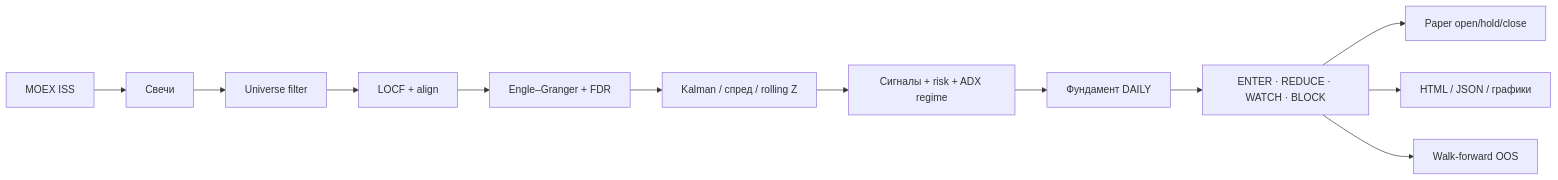
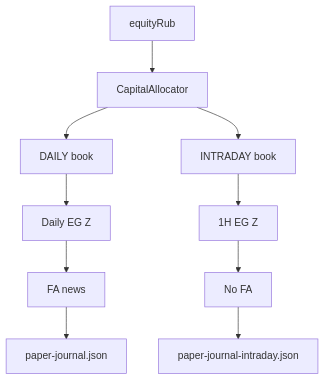
Before and after one commit to ITmeansIvanTyulkin/IMOEX: the diagram in README.md, drawn with Mermaid. The commit also changed other lines of this file and 2 other files, not shown here.

First line of the commit message:
Document dual-book DAILY+INTRADAY pairs flow in README, UI, and roadmap.

````diff
--- a/README.md
+++ b/README.md
@@ -36,14 +36,12 @@
 ```mermaid
-flowchart LR
-  A[MOEX ISS] --> B[Свечи]
-  B --> U[Universe filter]
-  U --> C[LOCF + align]
-  C --> D[Engle–Granger + FDR]
-  D --> E[Kalman / спред / rolling Z]
-  E --> F[Сигналы + risk + ADX regime]
-  F --> G[Фундамент DAILY]
-  G --> H[ENTER · REDUCE · WATCH · BLOCK]
-  H --> P[Paper open/hold/close]
-  H --> I[HTML / JSON / графики]
-  H --> W[Walk-forward OOS]
+flowchart TB
+  Equity[equityRub] --> Alloc[CapitalAllocator]
+  Alloc --> DailyBook[DAILY book]
+  Alloc --> IntraBook[INTRADAY book]
+  DailyBook --> DTech[Daily EG Z]
+  DTech --> FA[FA news]
+  FA --> DPaper[paper-journal.json]
+  IntraBook --> HTech[1H EG Z]
+  HTech --> SkipFA[No FA]
+  SkipFA --> IPaper[paper-journal-intraday.json]
 ```
````
